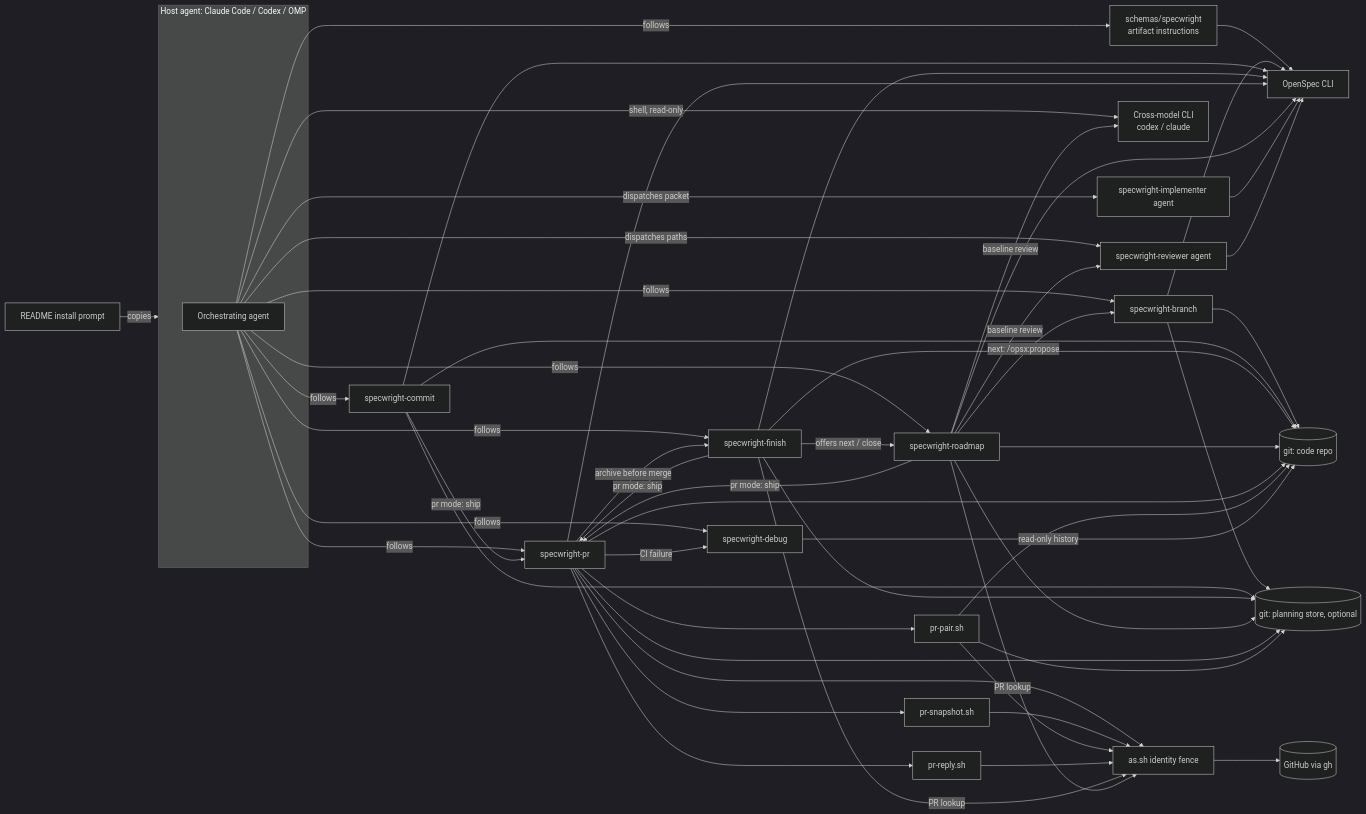
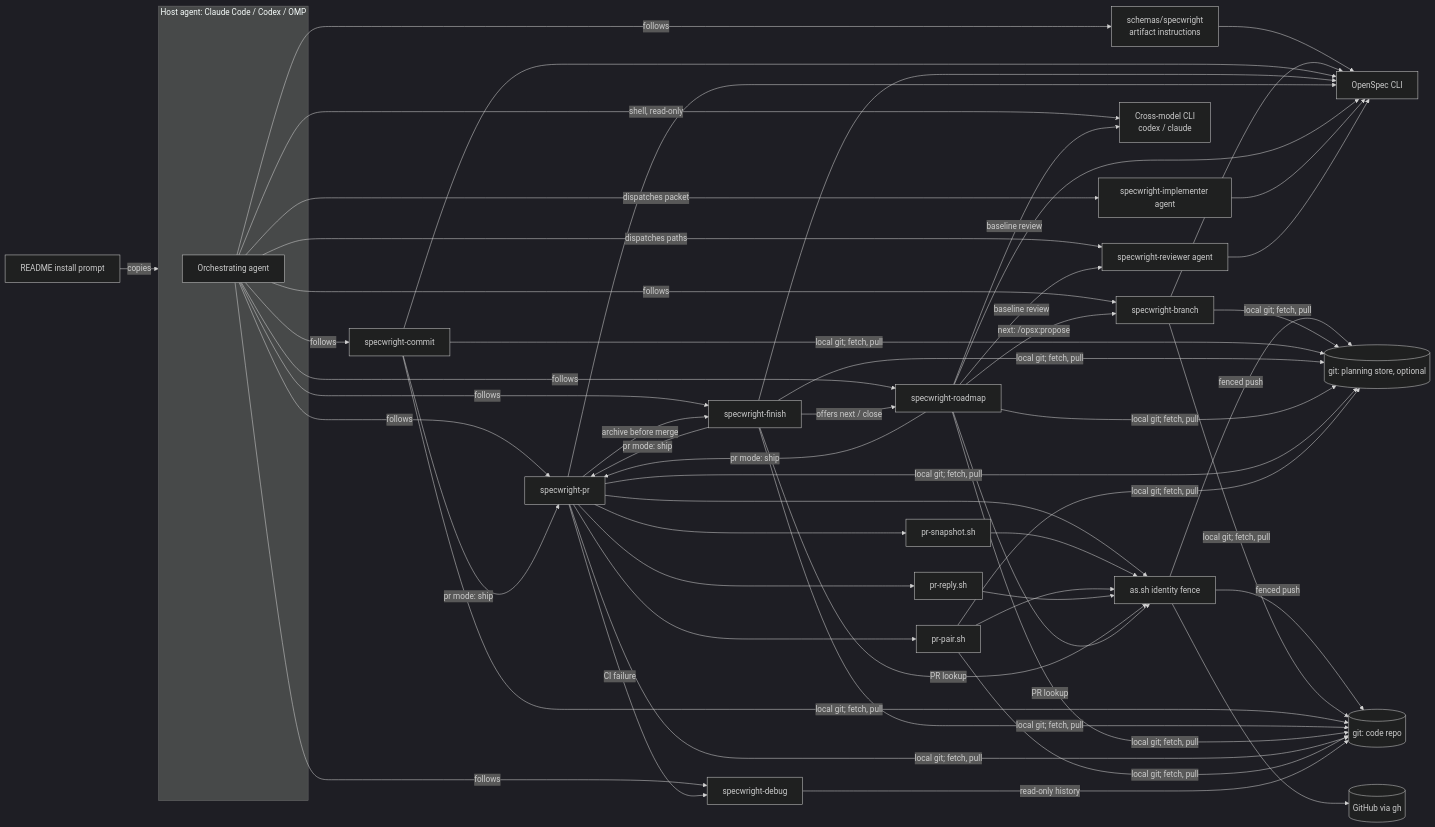
The diagram in openspec/architecture.md (sh1ny/Specwright), drawn with Mermaid (dark theme) before and after one commit. The commit also changed other lines of this file and 1 other file, not shown here.

Commit message:
fix(project-baseline): address review feedback
Show as.sh as the fence for git pushes to the code repo and the store,
and record that the baseline review's two-round cap has no reset after
a later edit (#49), scheduled in 0.1.9.

Feedback-Round: 13

````diff
--- a/openspec/architecture.md
+++ b/openspec/architecture.md
@@ -16,33 +16,34 @@
 ```mermaid
 flowchart LR
   subgraph Host["Host agent: Claude Code / Codex / OMP"]
     O[Orchestrating agent]
   end
   O -->|follows| SCH[schemas/specwright<br/>artifact instructions]
   O -->|follows| BR[specwright-branch]
   O -->|follows| CM[specwright-commit]
   O -->|follows| FI[specwright-finish]
   O -->|follows| PRS[specwright-pr]
   O -->|follows| RM[specwright-roadmap]
   O -->|follows| DBG[specwright-debug]
   O -->|dispatches packet| IMP[specwright-implementer agent]
   O -->|dispatches paths| REV[specwright-reviewer agent]
   O -->|shell, read-only| XM[Cross-model CLI<br/>codex / claude]
   CM & FI & RM -->|pr mode: ship| PRS
   PRS -->|archive before merge| FI
   PRS -->|CI failure| DBG
   RM -->|baseline review| XM & REV
   PRS --> SNAP[pr-snapshot.sh]
   PRS --> PAIR[pr-pair.sh]
   PRS --> REPLY[pr-reply.sh]
   PRS & SNAP & PAIR & REPLY --> AS[as.sh identity fence]
   FI & RM -->|PR lookup| AS
   AS --> GH[(GitHub via gh)]
-  BR & CM & FI & RM & PRS & PAIR --> GIT[(git: code repo)]
-  BR & CM & FI & RM & PRS & PAIR --> STORE[(git: planning store, optional)]
+  AS -->|fenced push| GIT & STORE
+  BR & CM & FI & RM & PRS & PAIR -->|local git; fetch, pull| GIT[(git: code repo)]
+  BR & CM & FI & RM & PRS & PAIR -->|local git; fetch, pull| STORE[(git: planning store, optional)]
   DBG -->|read-only history| GIT
   SCH & BR & CM & FI & PRS & RM & IMP & REV --> OS[OpenSpec CLI]
   FI -->|offers next / close| RM
   RM -->|next: /opsx:propose| BR
   INST[README install prompt] -->|copies| Host
 ```
````
